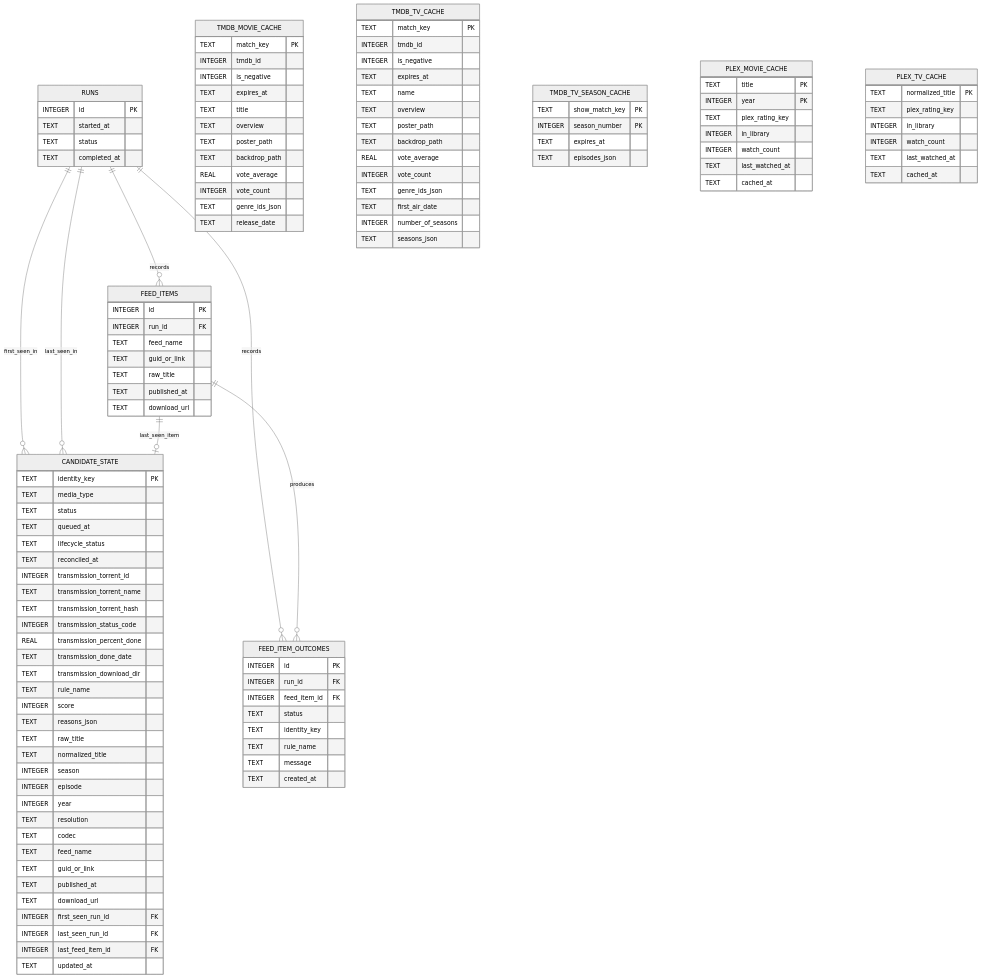
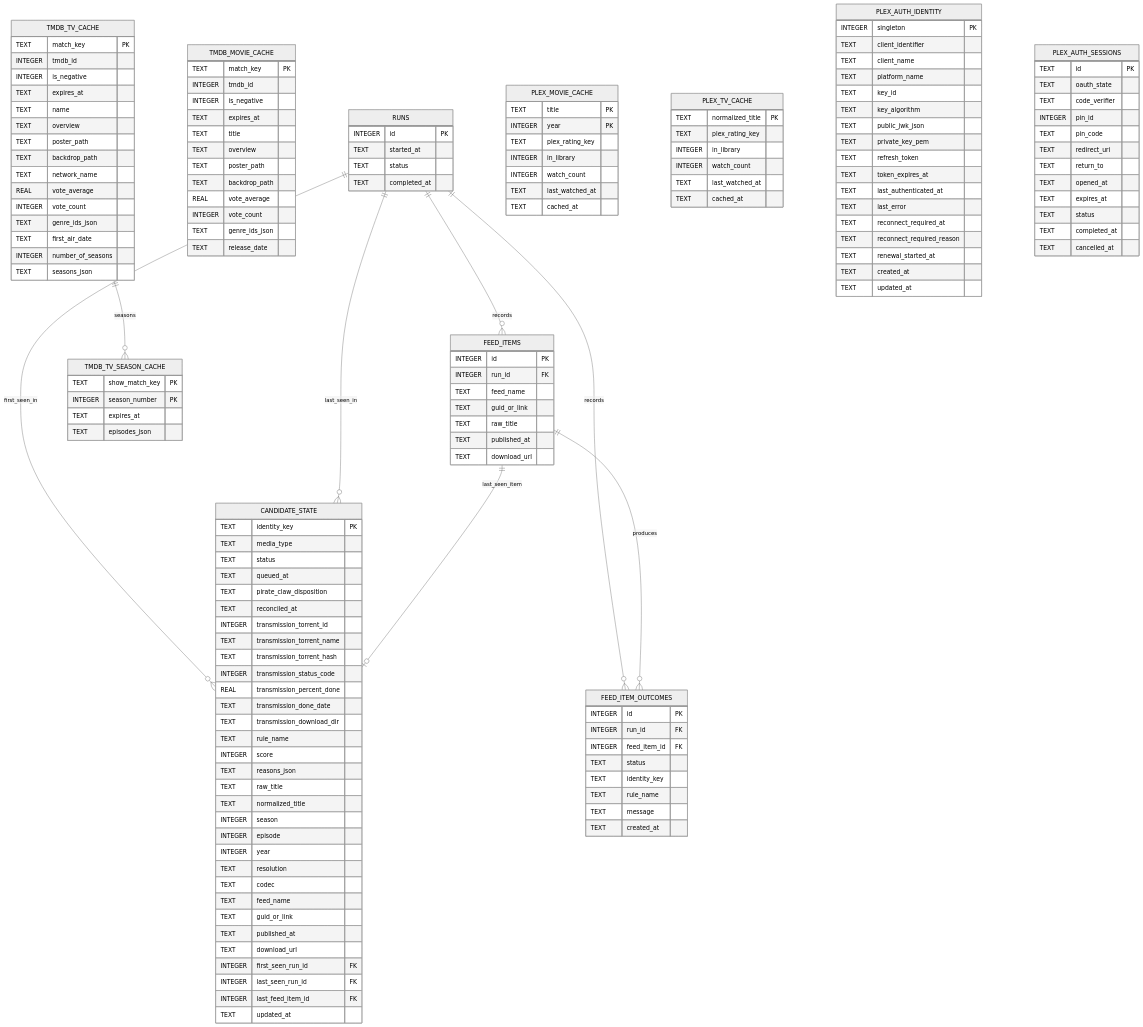
One commit to cesarnml/pirate_claw changed the diagram in docs/03-engineering/sqlite-schema.mmd. Above: the diagram before and after it, drawn with Mermaid (neutral theme). The commit also changed 6 other files, not shown here.

First line of the commit message:
docs: clarify verify vs CI gates and expand SQLite schema documentation

```diff
--- a/docs/03-engineering/sqlite-schema.mmd
+++ b/docs/03-engineering/sqlite-schema.mmd
@@ -1,127 +1,164 @@
 erDiagram
   RUNS {
     INTEGER id PK
     TEXT started_at
     TEXT status
     TEXT completed_at
   }
 
   FEED_ITEMS {
     INTEGER id PK
     INTEGER run_id FK
     TEXT feed_name
     TEXT guid_or_link
     TEXT raw_title
     TEXT published_at
     TEXT download_url
   }
 
   CANDIDATE_STATE {
     TEXT identity_key PK
     TEXT media_type
     TEXT status
     TEXT queued_at
-    TEXT lifecycle_status
+    TEXT pirate_claw_disposition
     TEXT reconciled_at
     INTEGER transmission_torrent_id
     TEXT transmission_torrent_name
     TEXT transmission_torrent_hash
     INTEGER transmission_status_code
     REAL transmission_percent_done
     TEXT transmission_done_date
     TEXT transmission_download_dir
     TEXT rule_name
     INTEGER score
     TEXT reasons_json
     TEXT raw_title
     TEXT normalized_title
     INTEGER season
     INTEGER episode
     INTEGER year
     TEXT resolution
     TEXT codec
     TEXT feed_name
     TEXT guid_or_link
     TEXT published_at
     TEXT download_url
     INTEGER first_seen_run_id FK
     INTEGER last_seen_run_id FK
     INTEGER last_feed_item_id FK
     TEXT updated_at
   }
 
   FEED_ITEM_OUTCOMES {
     INTEGER id PK
     INTEGER run_id FK
     INTEGER feed_item_id FK
     TEXT status
     TEXT identity_key
     TEXT rule_name
     TEXT message
     TEXT created_at
   }
 
   TMDB_MOVIE_CACHE {
     TEXT match_key PK
     INTEGER tmdb_id
     INTEGER is_negative
     TEXT expires_at
     TEXT title
     TEXT overview
     TEXT poster_path
     TEXT backdrop_path
     REAL vote_average
     INTEGER vote_count
     TEXT genre_ids_json
     TEXT release_date
   }
 
   TMDB_TV_CACHE {
     TEXT match_key PK
     INTEGER tmdb_id
     INTEGER is_negative
     TEXT expires_at
     TEXT name
     TEXT overview
     TEXT poster_path
     TEXT backdrop_path
+    TEXT network_name
     REAL vote_average
     INTEGER vote_count
     TEXT genre_ids_json
     TEXT first_air_date
     INTEGER number_of_seasons
     TEXT seasons_json
   }
 
   TMDB_TV_SEASON_CACHE {
     TEXT show_match_key PK
     INTEGER season_number PK
     TEXT expires_at
     TEXT episodes_json
   }
 
   PLEX_MOVIE_CACHE {
     TEXT title PK
     INTEGER year PK
     TEXT plex_rating_key
     INTEGER in_library
     INTEGER watch_count
     TEXT last_watched_at
     TEXT cached_at
   }
 
   PLEX_TV_CACHE {
     TEXT normalized_title PK
     TEXT plex_rating_key
     INTEGER in_library
     INTEGER watch_count
     TEXT last_watched_at
     TEXT cached_at
   }
 
+  PLEX_AUTH_IDENTITY {
+    INTEGER singleton PK
+    TEXT client_identifier
+    TEXT client_name
+    TEXT platform_name
+    TEXT key_id
+    TEXT key_algorithm
+    TEXT public_jwk_json
+    TEXT private_key_pem
+    TEXT refresh_token
+    TEXT token_expires_at
+    TEXT last_authenticated_at
+    TEXT last_error
+    TEXT reconnect_required_at
+    TEXT reconnect_required_reason
+    TEXT renewal_started_at
+    TEXT created_at
+    TEXT updated_at
+  }
+
+  PLEX_AUTH_SESSIONS {
+    TEXT id PK
+    TEXT oauth_state
+    TEXT code_verifier
+    INTEGER pin_id
+    TEXT pin_code
+    TEXT redirect_uri
+    TEXT return_to
+    TEXT opened_at
+    TEXT expires_at
+    TEXT status
+    TEXT completed_at
+    TEXT cancelled_at
+  }
+
   RUNS ||--o{ FEED_ITEMS : records
   RUNS ||--o{ FEED_ITEM_OUTCOMES : records
   RUNS ||--o{ CANDIDATE_STATE : first_seen_in
   RUNS ||--o{ CANDIDATE_STATE : last_seen_in
   FEED_ITEMS ||--o| CANDIDATE_STATE : last_seen_item
   FEED_ITEMS ||--o{ FEED_ITEM_OUTCOMES : produces
+  TMDB_TV_CACHE ||--o{ TMDB_TV_SEASON_CACHE : seasons
```
